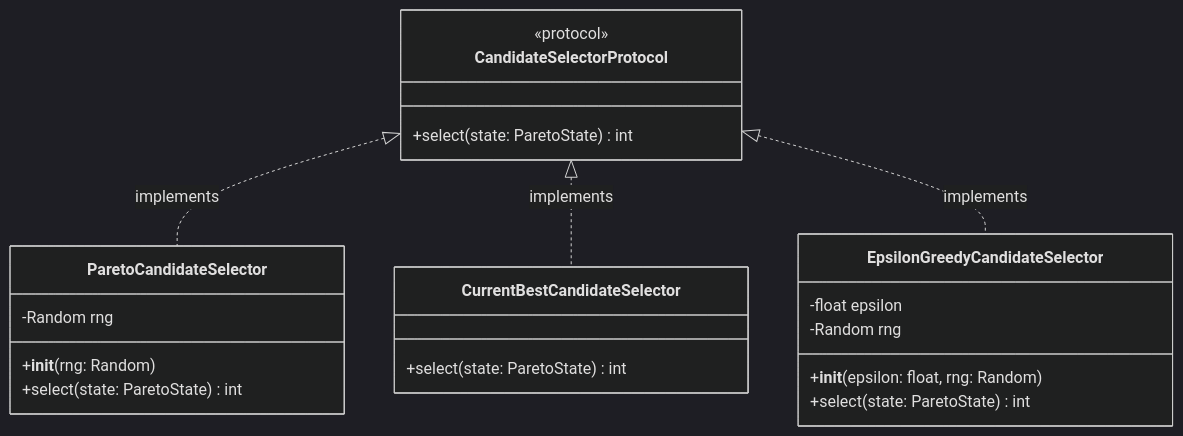
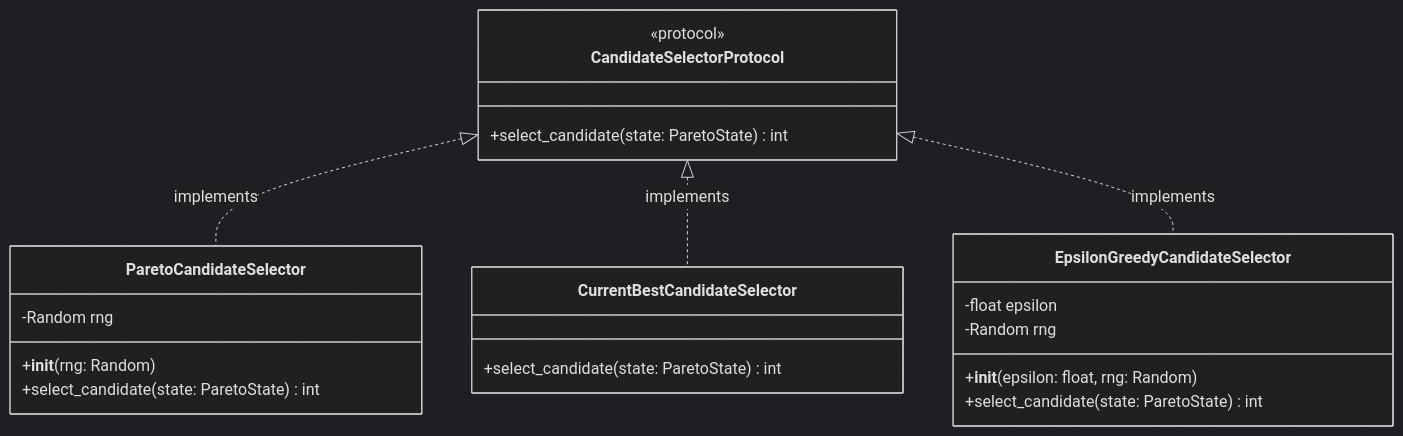
Before and after one commit to Alberto-Codes/gepa-adk: the fourth of 13 diagrams in specs/022-pareto-frontier/architecture.md, drawn with Mermaid (dark theme). The commit also changed other lines of this file, not shown here.

Commit message:
refactor(architecture): Rename select method to select_candidate in CandidateSelectorProtocol and update related references

````diff
--- a/specs/022-pareto-frontier/architecture.md
+++ b/specs/022-pareto-frontier/architecture.md
@@ -138,28 +138,28 @@
 ```mermaid
 classDiagram
     class CandidateSelectorProtocol {
         <<protocol>>
-        +select(state: ParetoState) int
+        +select_candidate(state: ParetoState) int
     }
 
     class ParetoCandidateSelector {
         -Random rng
         +__init__(rng: Random)
-        +select(state: ParetoState) int
+        +select_candidate(state: ParetoState) int
     }
 
     class CurrentBestCandidateSelector {
-        +select(state: ParetoState) int
+        +select_candidate(state: ParetoState) int
     }
 
     class EpsilonGreedyCandidateSelector {
         -float epsilon
         -Random rng
         +__init__(epsilon: float, rng: Random)
-        +select(state: ParetoState) int
+        +select_candidate(state: ParetoState) int
     }
 
     CandidateSelectorProtocol <|.. ParetoCandidateSelector : implements
     CandidateSelectorProtocol <|.. CurrentBestCandidateSelector : implements
     CandidateSelectorProtocol <|.. EpsilonGreedyCandidateSelector : implements
 ```
````
